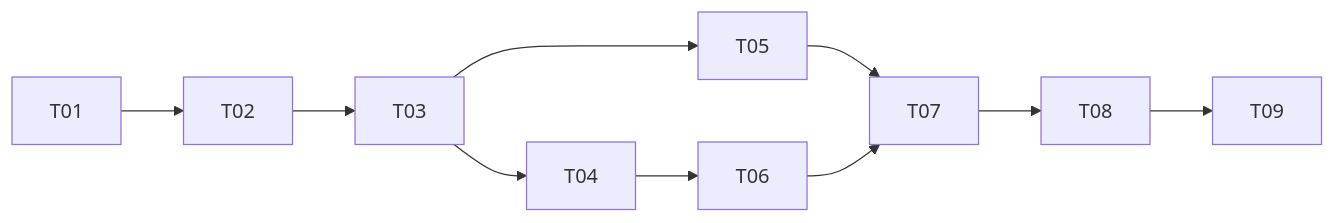
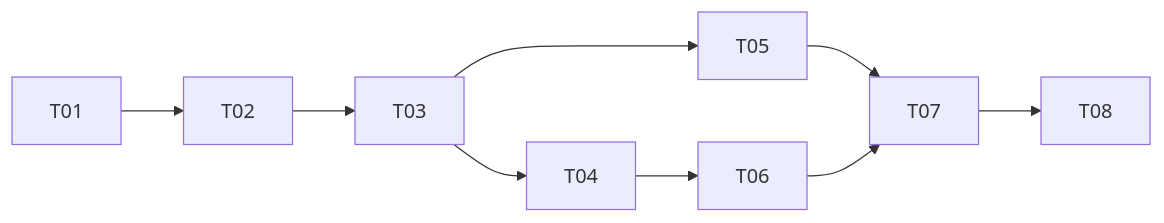
One commit to kieranpotts/tpximpact changed the diagram in docs/plans/mvp/README.md. Above: the diagram before and after it, drawn with Mermaid. The commit also changed other lines of this file, not shown here.

````diff
--- a/docs/plans/mvp/README.md
+++ b/docs/plans/mvp/README.md
@@ -150,9 +144,9 @@
 ```mermaid
 graph LR
   T01 --> T02 --> T03
   T03 --> T04 --> T06
   T03 --> T05
   T05 --> T07
   T06 --> T07
-  T07 --> T08 --> T09
+  T07 --> T08
 ```
````
